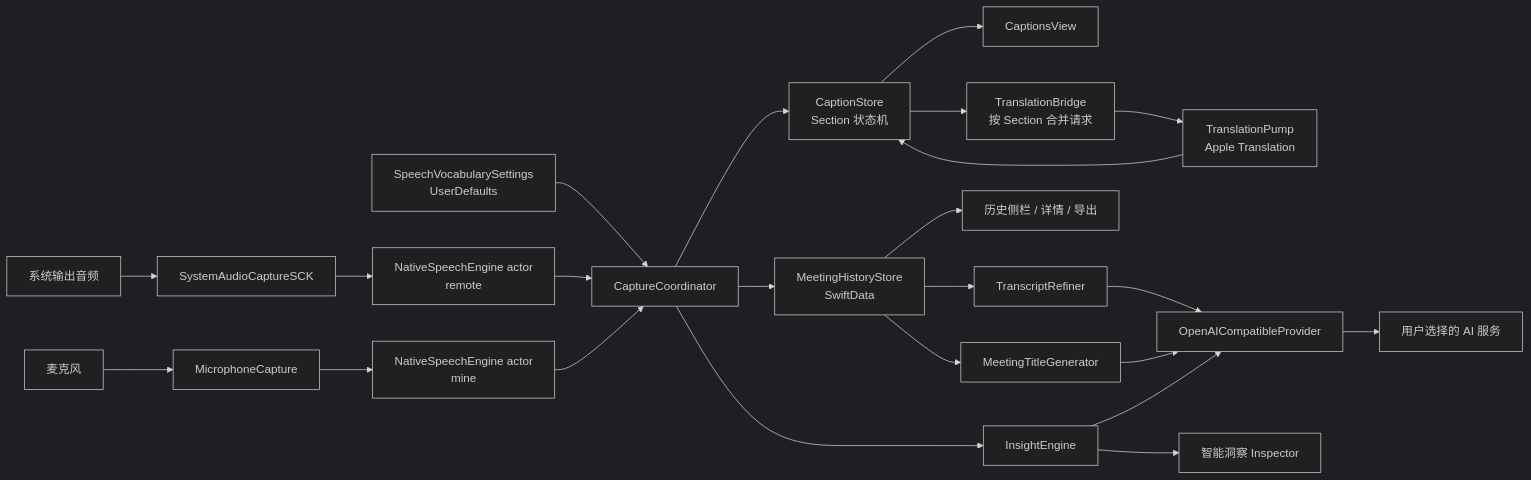
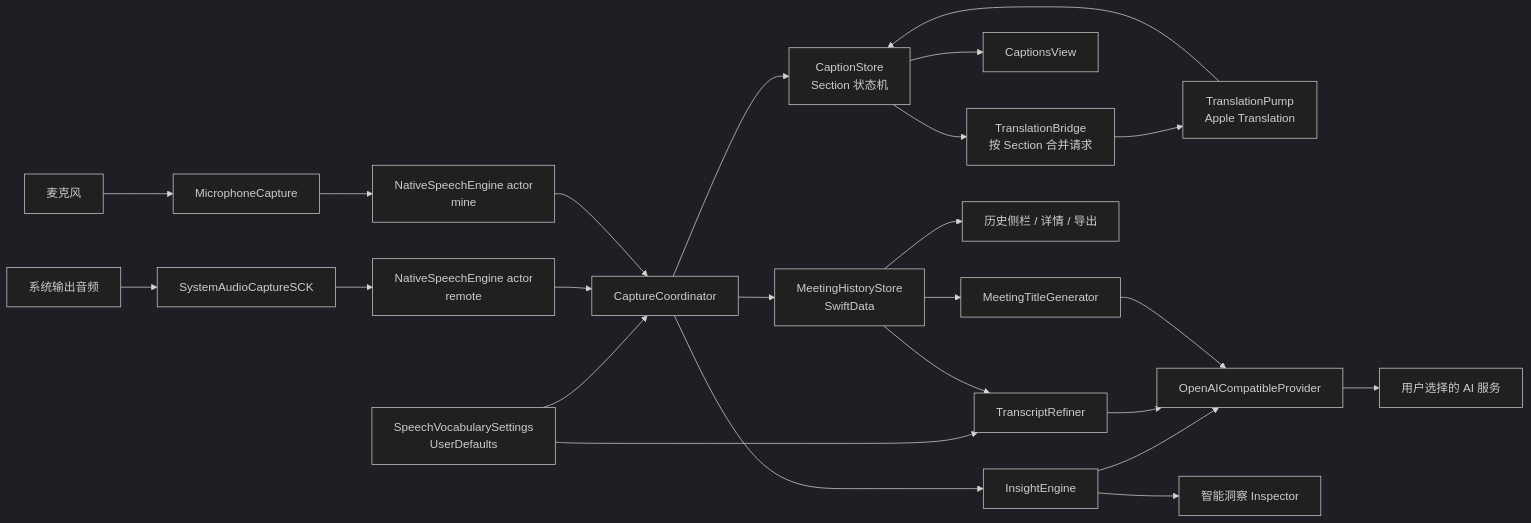
Before and after one commit to zjhch123/SameWave: the diagram in doc/01-项目全景与架构.md, drawn with Mermaid (dark theme). The commit also changed other lines of this file and 9 other files, not shown here.

````diff
--- a/doc/01-项目全景与架构.md
+++ b/doc/01-项目全景与架构.md
@@ -50,25 +50,26 @@
 ```mermaid
 flowchart LR
     SYS[系统输出音频] --> SCK[SystemAudioCaptureSCK]
     MIC[麦克风] --> MC[MicrophoneCapture]
     VS[SpeechVocabularySettings\nUserDefaults] --> CO
+    VS --> TR
     SCK --> ASR1[NativeSpeechEngine actor\nremote]
     MC --> ASR2[NativeSpeechEngine actor\nmine]
     ASR1 --> CO[CaptureCoordinator]
     ASR2 --> CO
     CO --> CS[CaptionStore\nSection 状态机]
     CS --> CV[CaptionsView]
     CS --> TB[TranslationBridge\n按 Section 合并请求]
     TB --> TP[TranslationPump\nApple Translation]
     TP --> CS
     CO --> HS[MeetingHistoryStore\nSwiftData]
     HS --> SIDE[历史侧栏 / 详情 / 导出]
     CO --> IE[InsightEngine]
     HS --> TR[TranscriptRefiner]
     HS --> TG[MeetingTitleGenerator]
     IE --> OP[OpenAICompatibleProvider]
     TR --> OP
     TG --> OP
     OP --> CLOUD[用户选择的 AI 服务]
     IE --> INS[智能洞察 Inspector]
 ```
````
